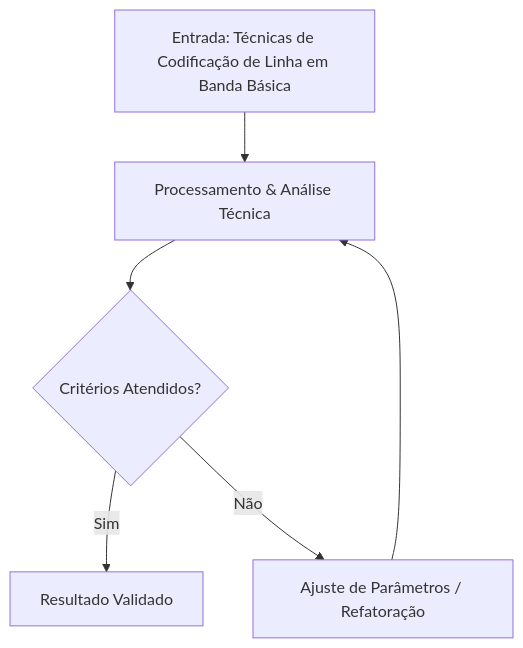
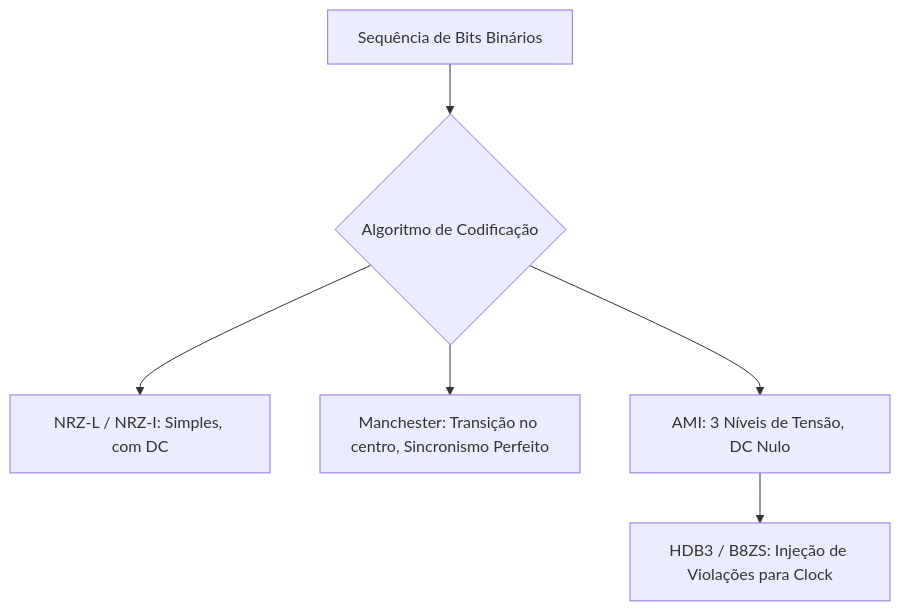
One commit to pedroiff0/page changed the diagram in content/pt-br/resource/Engenharia de Computação/6-periodo/comunicacao-de-dados/anotacoes/aula-06-tecnicas-de-codificacao-de-linha-em-banda-basica.md. Above: the diagram before and after it, drawn with Mermaid. The commit also changed other lines of this file and 826 other files, not shown here.

````diff
--- a/content/pt-br/resource/Engenharia de Computação/6-periodo/comunicacao-de-dados/anotacoes/aula-06-tecnicas-de-codificacao-de-linha-em-banda-basica.md
+++ b/content/pt-br/resource/Engenharia de Computação/6-periodo/comunicacao-de-dados/anotacoes/aula-06-tecnicas-de-codificacao-de-linha-em-banda-basica.md
@@ -74,8 +95,8 @@
 ```mermaid
 flowchart TD
-    A[Entrada: Técnicas de Codificação de Linha em Banda Básica] --> B[Processamento & Análise Técnica]
-    B --> C{Critérios Atendidos?}
-    C -- Sim --> D[Resultado Validado]
-    C -- Não --> E[Ajuste de Parâmetros / Refatoração]
-    E --> B
+    Bits[Sequência de Bits Binários] --> Enc{Algoritmo de Codificação}
+    Enc --> NRZ[NRZ-L / NRZ-I: Simples, com DC]
+    Enc --> Man[Manchester: Transição no centro, Sincronismo Perfeito]
+    Enc --> AMI[AMI: 3 Níveis de Tensão, DC Nulo]
+    AMI --> HDB3[HDB3 / B8ZS: Injeção de Violações para Clock]
 ```
````
